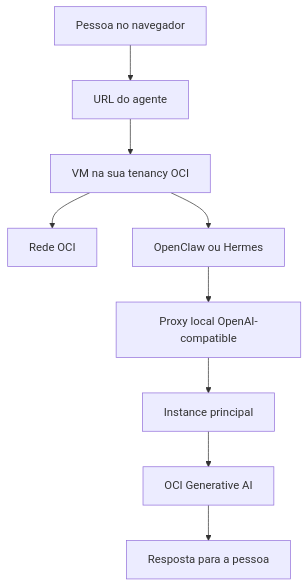
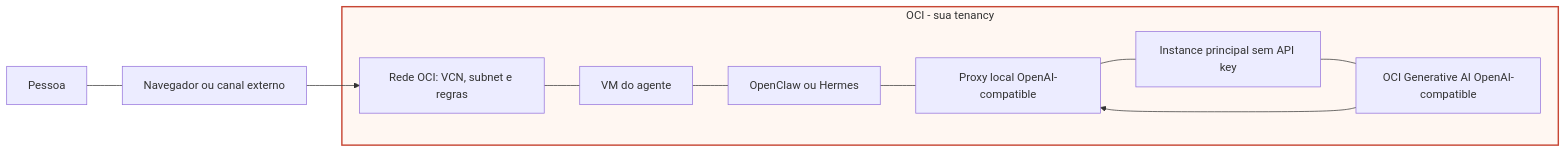
One commit to Gusttavosant/oracle changed the diagram in Agent Station Experience/README.md. Above: the diagram before and after it, drawn with Mermaid. The commit also changed other lines of this file, not shown here.

Commit message:
Update README with new VM package name and flowchart

````diff
--- a/Agent Station Experience/README.md
+++ b/Agent Station Experience/README.md
@@ -36,21 +36,26 @@
 ```mermaid
-flowchart TD
-    Pessoa["Pessoa no navegador"]
-    URL["URL do agente"]
-    VM["VM na sua tenancy OCI"]
-    Rede["Rede OCI"]
-    App["OpenClaw ou Hermes"]
-    Proxy["Proxy local OpenAI-compatible"]
-    IAM["Instance principal"]
-    Modelo["OCI Generative AI"]
-    Resposta["Resposta para a pessoa"]
+flowchart LR
+    Pessoa["Pessoa"]
+    Canal["Navegador ou canal externo"]
 
-    Pessoa --> URL
-    URL --> VM
-    VM --> Rede
-    VM --> App
-    App --> Proxy
-    Proxy --> IAM
-    IAM --> Modelo
-    Modelo --> Resposta
+    subgraph OCI["OCI - sua tenancy"]
+        Rede["Rede OCI: VCN, subnet e regras"]
+        VM["VM do agente"]
+        App["OpenClaw ou Hermes"]
+        Proxy["Proxy local OpenAI-compatible"]
+        IAM["Instance principal sem API key"]
+        GenAI["OCI Generative AI OpenAI-compatible"]
+
+        Rede --- VM
+        VM --- App
+        App --- Proxy
+        Proxy --- IAM
+        IAM --- GenAI
+    end
+
+    Pessoa --- Canal
+    Canal --> Rede
+    GenAI --> Proxy
+
+    style OCI fill:#fff7f2,stroke:#c74634,stroke-width:2px
 ```
````
